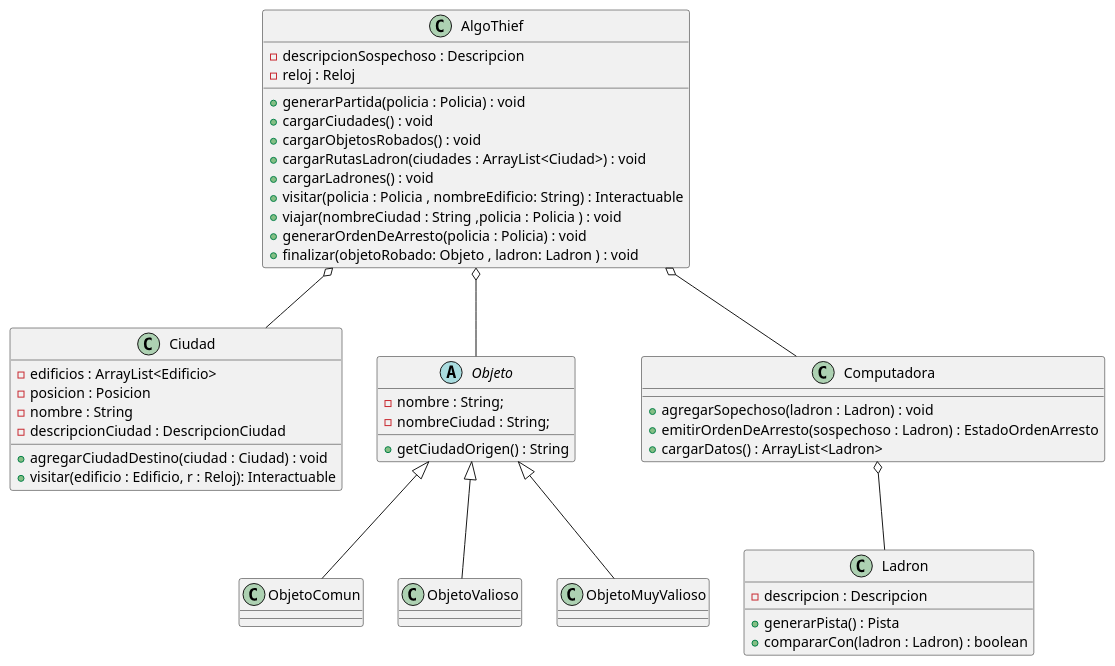
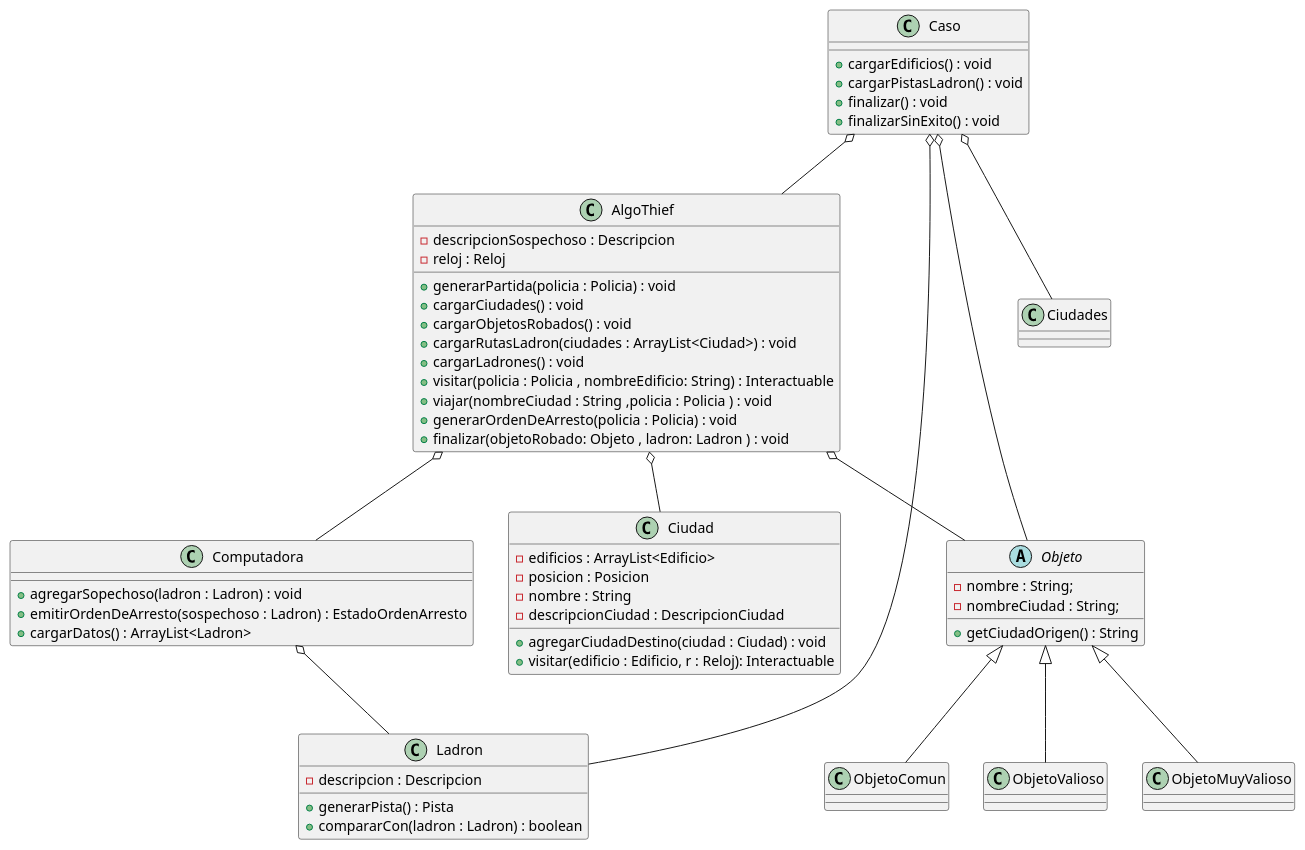
The diagram in diagrams/classes/diagrama_clases_algoThief.puml (martinanus/algo3_tp2), drawn with PlantUML before and after one commit.

Commit message:
Caso agregado a diagama de clase

```diff
--- a/diagrams/classes/diagrama_clases_algoThief.puml
+++ b/diagrams/classes/diagrama_clases_algoThief.puml
@@ -1,73 +1,83 @@
 @startuml
 
 
 AlgoThief o-- Ciudad
 AlgoThief o-- Objeto
 AlgoThief o-- Computadora
 
 Computadora o-- Ladron
 
 Objeto <|-- ObjetoComun
 Objeto <|-- ObjetoValioso
 Objeto <|-- ObjetoMuyValioso
 
+Caso o-- AlgoThief
+Caso o-- Objeto
+Caso o-- Ladron
+Caso o-- Ciudades
 
+ class Caso {
+ + cargarEdificios() : void
+ + cargarPistasLadron() : void
+ + finalizar() : void
+ + finalizarSinExito() : void
+}
 
 class AlgoThief {
     - descripcionSospechoso : Descripcion
     - reloj : Reloj
     + generarPartida(policia : Policia) : void
     + cargarCiudades() : void
     + cargarObjetosRobados() : void
     + cargarRutasLadron(ciudades : ArrayList<Ciudad>) : void
     + cargarLadrones() : void
     + visitar(policia : Policia , nombreEdificio: String) : Interactuable
     + viajar(nombreCiudad : String ,policia : Policia ) : void
     + generarOrdenDeArresto(policia : Policia) : void
     + finalizar(objetoRobado: Objeto , ladron: Ladron ) : void
 }
 
 class Ciudad {
     - edificios : ArrayList<Edificio>
     - posicion : Posicion
     - nombre : String
     - descripcionCiudad : DescripcionCiudad
 
     + agregarCiudadDestino(ciudad : Ciudad) : void
     + visitar(edificio : Edificio, r : Reloj): Interactuable
 }
 
 abstract class Objeto {
     - nombre : String;
     - nombreCiudad : String;
 
     + getCiudadOrigen() : String
 }
 
 class ObjetoComun {
 }
 
 class ObjetoValioso {
 }
 
 class ObjetoMuyValioso {
 }
 
 
 
 class Computadora {
     + agregarSopechoso(ladron : Ladron) : void
     + emitirOrdenDeArresto(sospechoso : Ladron) : EstadoOrdenArresto
     + cargarDatos() : ArrayList<Ladron>
 }
 
 class Ladron {
     - descripcion : Descripcion
     + generarPista() : Pista
     + compararCon(ladron : Ladron) : boolean
 }
 
 
 
 
 @enduml
```
